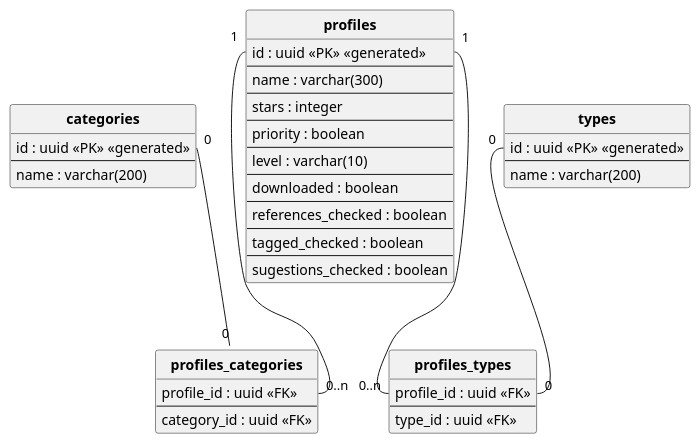
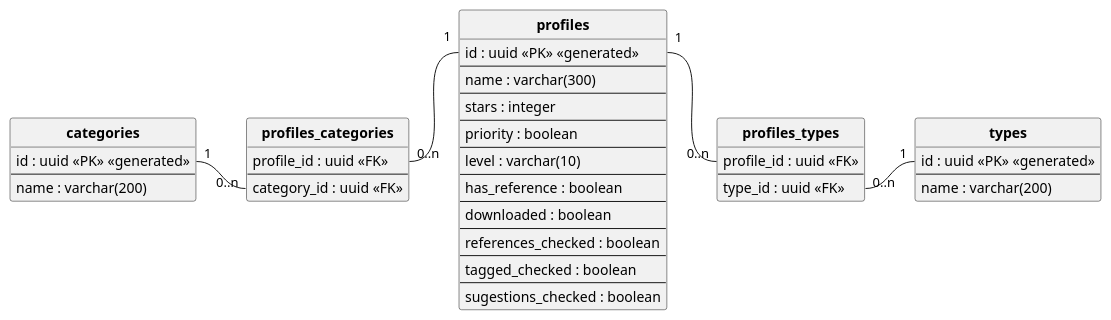
One commit to jairokoning/projects_docs changed the diagram in insta_books/DER.plantuml. Above: the diagram before and after it, drawn with PlantUML.

Commit message:
docs(insta_books): fix der diagram

```diff
--- a/insta_books/DER.plantuml
+++ b/insta_books/DER.plantuml
@@ -1,60 +1,62 @@
 @startuml ""
 
 ' hide the spot
 hide circle
 
 ' avoid problems with angled crows feet
 'skinparam linetype ortho
 
 entity "**profiles**" as profiles {
   id : uuid <<PK>> <<generated>>
   --
   name : varchar(300) 
   --
   stars : integer
   --
   priority : boolean
   --
   level : varchar(10)
+  --
+  has_reference : boolean
   --
   downloaded : boolean
   --
   references_checked : boolean
   --
   tagged_checked : boolean
   --
   sugestions_checked : boolean
 }
 
 entity "**categories**" as categories {
   id : uuid <<PK>> <<generated>>
   --
   name : varchar(200)
 }
 
 entity "**types**" as types {
   id : uuid <<PK>> <<generated>>
   --
   name : varchar(200)
 }
 
 entity "**profiles_categories**" as profiles_categories{
   profile_id : uuid <<FK>>
   --
   category_id : uuid <<FK>>
 }
 
 entity "**profiles_types**" as profiles_types {
   profile_id : uuid <<FK>>
   --
   type_id : uuid <<FK>>
 }
 
-profiles::id "1" -- "0..n" profiles_categories::profile_id
-profiles::id "1" -- "0..n" profiles_types::profile_id
+categories::id "1" -right- "0..n" profiles_categories::category_id
+profiles_categories::profile_id "0..n" -right- "1" profiles::id
 
-types::id "0" -- "0" profiles_types::profile_id
-categories::id "0" -- "0" profiles_categories::categorie_id
+profiles::id "1" -right- "0..n" profiles_types::profile_id
+profiles_types::type_id "0..n" -right- "1" types::id
 
 
 @enduml
```
